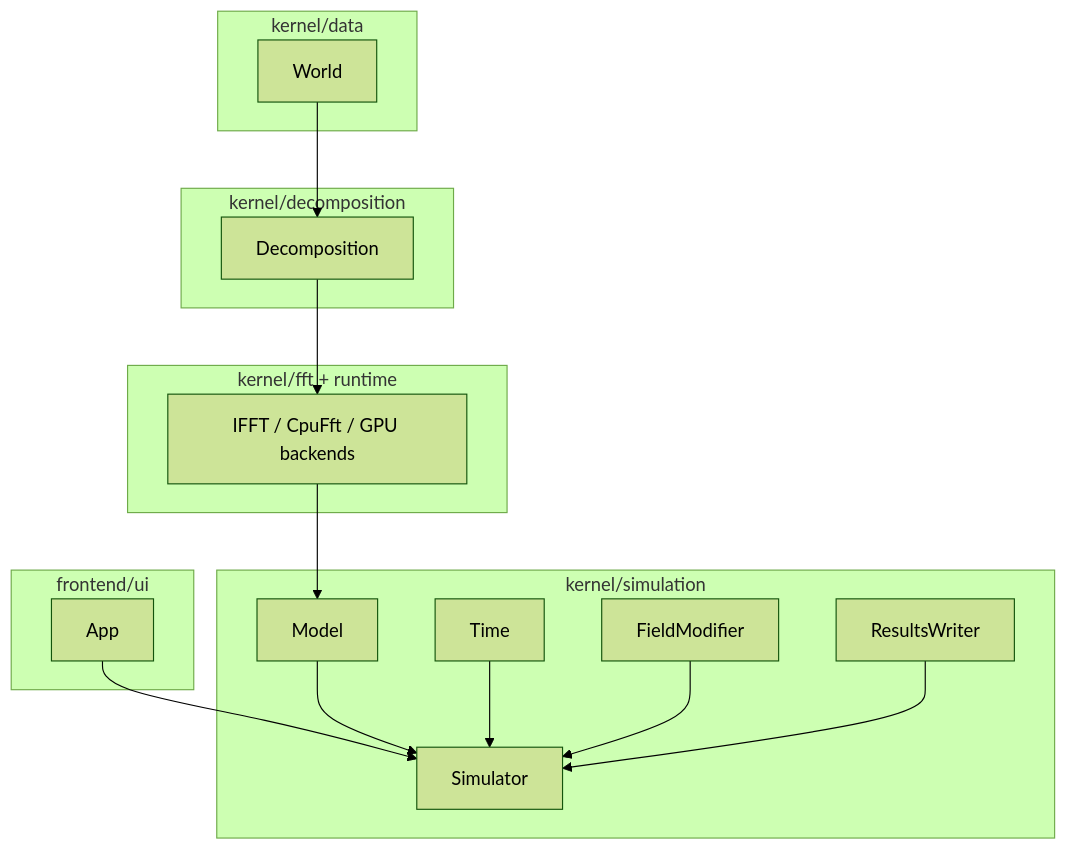
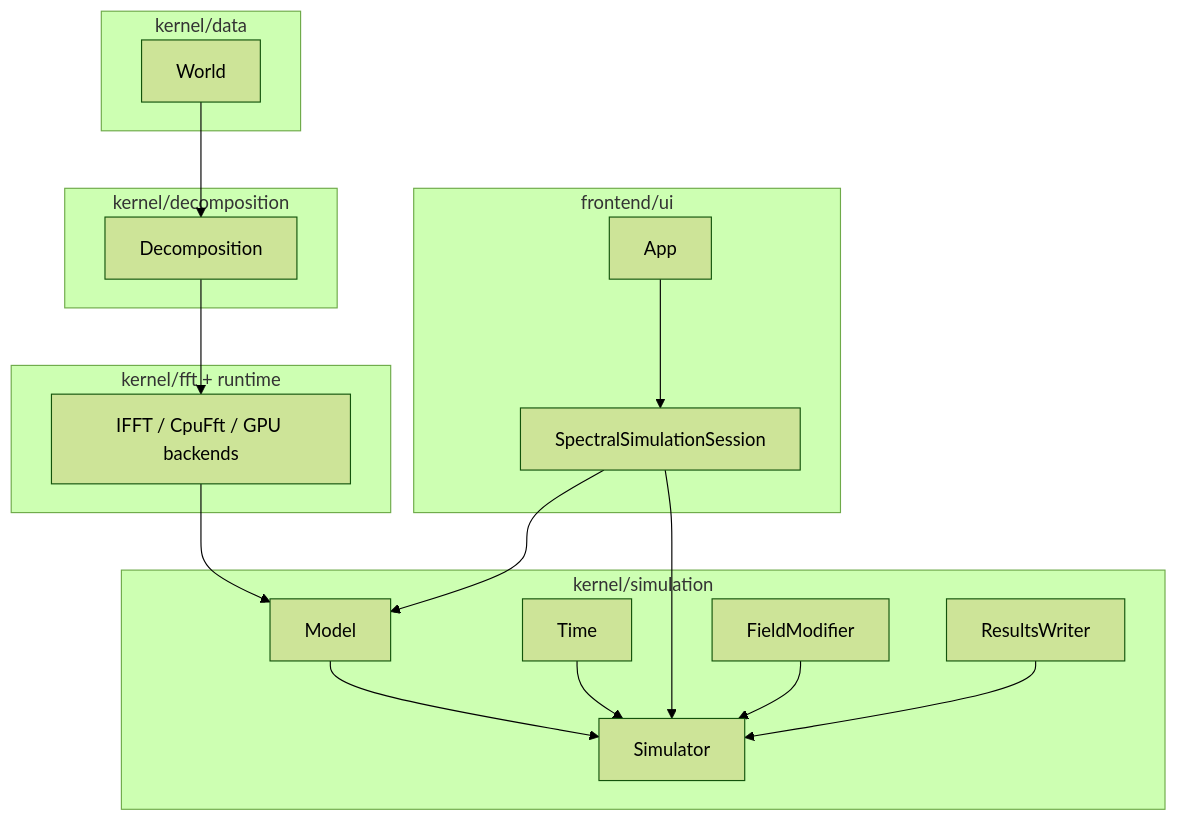
The diagram in docs/class_tour.md (VTT-ProperTune/OpenPFC), drawn with Mermaid (forest theme) before and after one commit. The commit also changed other lines of this file and 7 other files, not shown here.

````diff
--- a/docs/class_tour.md
+++ b/docs/class_tour.md
@@ -12,29 +12,32 @@
 ```mermaid
 flowchart TB
   subgraph data [kernel/data]
     W[World]
   end
   subgraph decomp [kernel/decomposition]
     D[Decomposition]
   end
   subgraph fft [kernel/fft + runtime]
     F[IFFT / CpuFft / GPU backends]
   end
   subgraph sim [kernel/simulation]
     M[Model]
     Tm[Time]
     Sim[Simulator]
     FM[FieldModifier]
     RW[ResultsWriter]
   end
   subgraph ui [frontend/ui]
     A[App]
+    Sess[SpectralSimulationSession]
   end
   W --> D --> F
   F --> M
   M --> Sim
   Tm --> Sim
-  A --> Sim
+  A --> Sess
+  Sess --> M
+  Sess --> Sim
   FM --> Sim
   RW --> Sim
 ```
````
